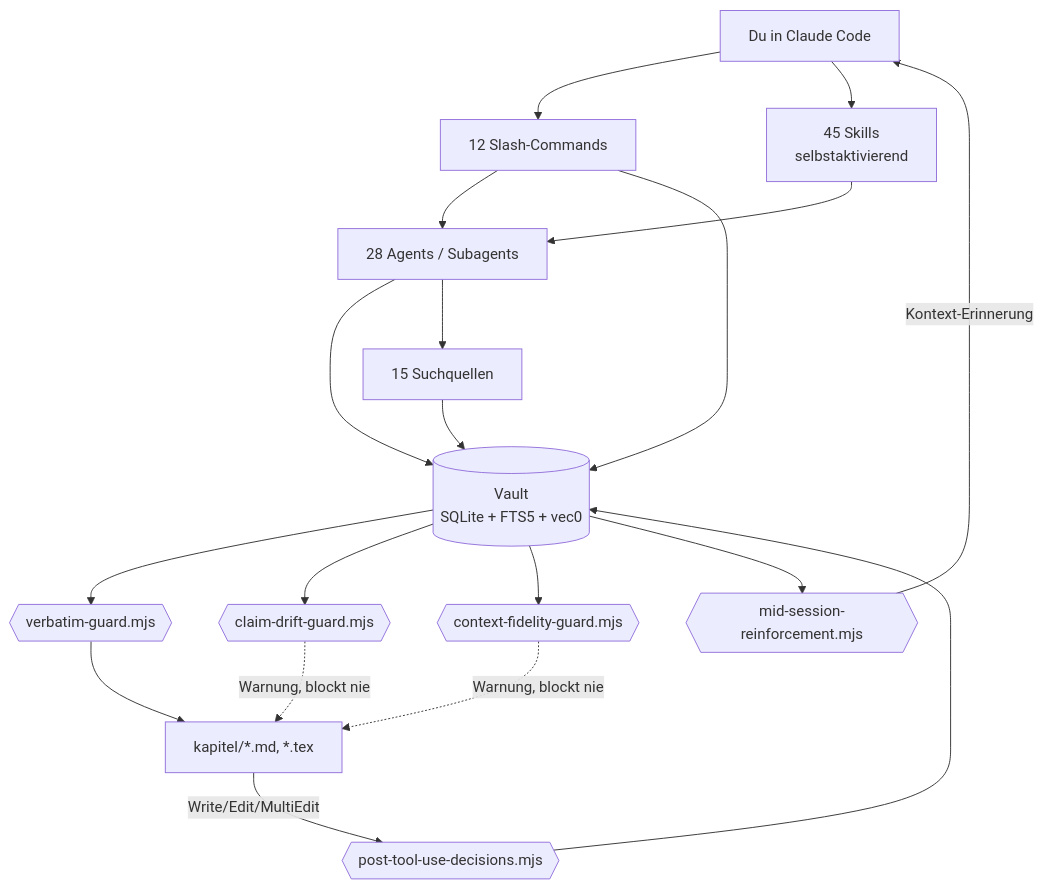
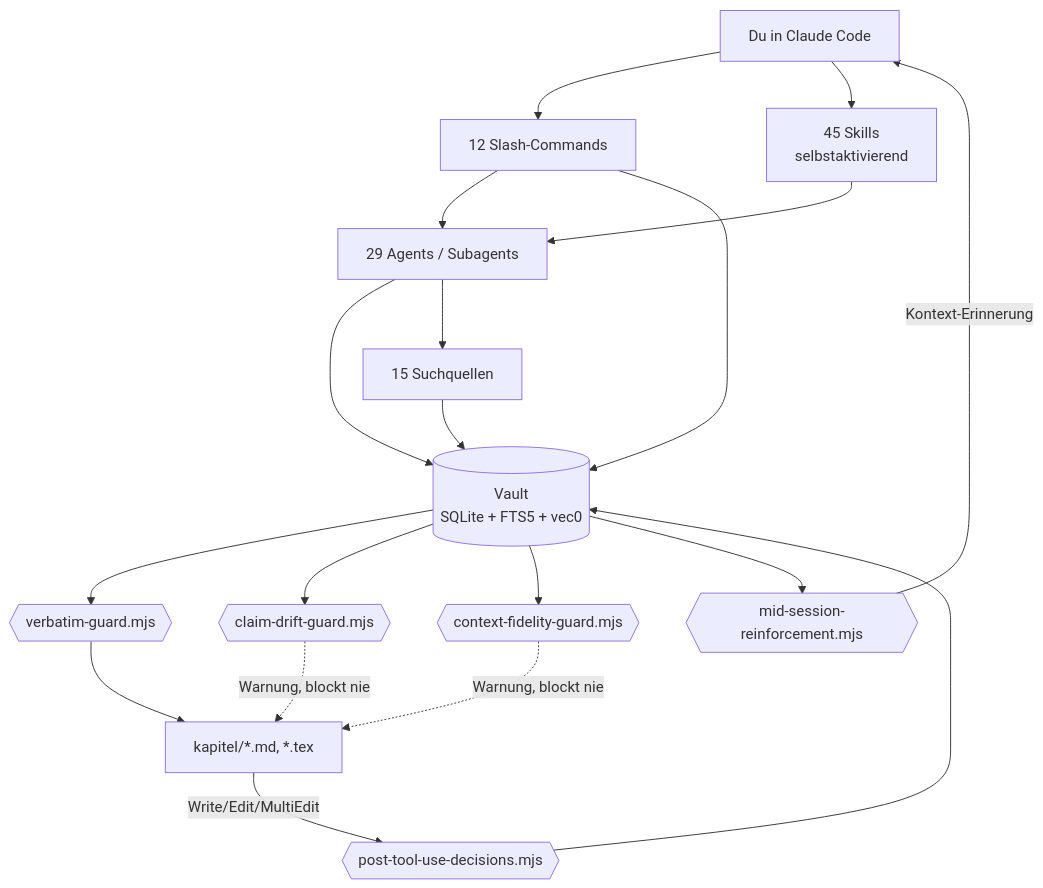
Before and after one commit to ahlerjam/academic-research: the diagram in docs/reference/architecture.md, drawn with Mermaid. The commit also changed other lines of this file and 12 other files, not shown here.

````diff
--- a/docs/reference/architecture.md
+++ b/docs/reference/architecture.md
@@ -14,23 +14,23 @@
 ```mermaid
 graph TD
     U[Du in Claude Code] --> CMD[12 Slash-Commands]
     U --> SK[45 Skills<br/>selbstaktivierend]
-    CMD --> AG[28 Agents / Subagents]
+    CMD --> AG[29 Agents / Subagents]
     SK --> AG
     AG --> V[(Vault<br/>SQLite + FTS5 + vec0)]
     CMD --> V
     AG --> Q[15 Suchquellen]
     Q --> V
 
     V --> VG{{verbatim-guard.mjs}}
     V --> CDG{{claim-drift-guard.mjs}}
     V --> CFG{{context-fidelity-guard.mjs}}
     VG --> K[kapitel/*.md, *.tex]
     CDG -.Warnung, blockt nie.-> K
     CFG -.Warnung, blockt nie.-> K
 
     K -->|Write/Edit/MultiEdit| PTD{{post-tool-use-decisions.mjs}}
     PTD --> V
     V --> MSR{{mid-session-reinforcement.mjs}}
     MSR -->|Kontext-Erinnerung| U
 ```
````
